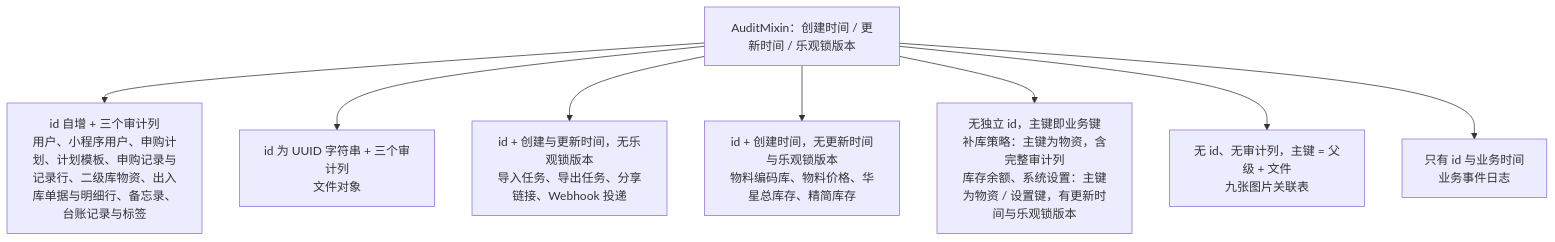
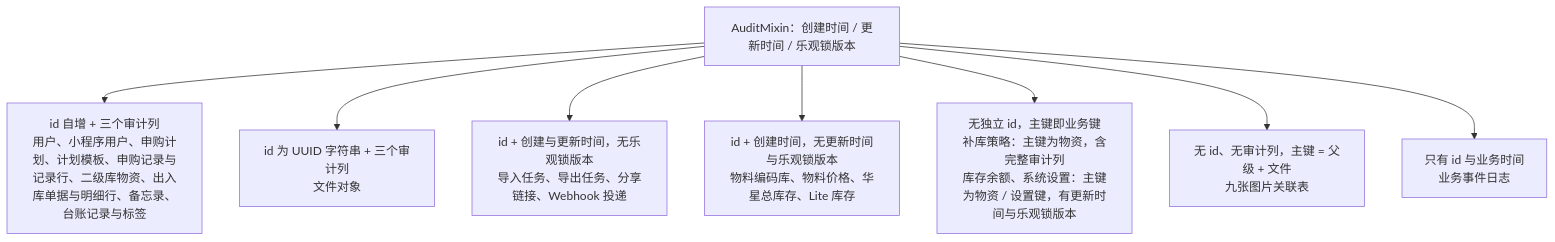
One commit to Sakana-1314/Electrical-Manager changed the third of 21 diagrams in docs/websites/pages/dev-data-model.md. Above: the diagram before and after it, drawn with Mermaid. The commit also changed other lines of this file and 47 other files, not shown here.

````diff
--- a/docs/websites/pages/dev-data-model.md
+++ b/docs/websites/pages/dev-data-model.md
@@ -91,11 +91,11 @@
 ```mermaid
 flowchart TD
     M["AuditMixin：创建时间 / 更新时间 / 乐观锁版本"]
     M --> A["id 自增 + 三个审计列<br/>用户、小程序用户、申购计划、计划模板、申购记录与记录行、二级库物资、出入库单据与明细行、备忘录、台账记录与标签"]
     M --> B["id 为 UUID 字符串 + 三个审计列<br/>文件对象"]
     M --> C["id + 创建与更新时间，无乐观锁版本<br/>导入任务、导出任务、分享链接、Webhook 投递"]
-    M --> D["id + 创建时间，无更新时间与乐观锁版本<br/>物料编码库、物料价格、华星总库存、精简库存"]
+    M --> D["id + 创建时间，无更新时间与乐观锁版本<br/>物料编码库、物料价格、华星总库存、Lite 库存"]
     M --> E["无独立 id，主键即业务键<br/>补库策略：主键为物资，含完整审计列<br/>库存余额、系统设置：主键为物资 / 设置键，有更新时间与乐观锁版本"]
     M --> F["无 id、无审计列，主键 = 父级 + 文件<br/>九张图片关联表"]
     M --> G["只有 id 与业务时间<br/>业务事件日志"]
 ```
````
